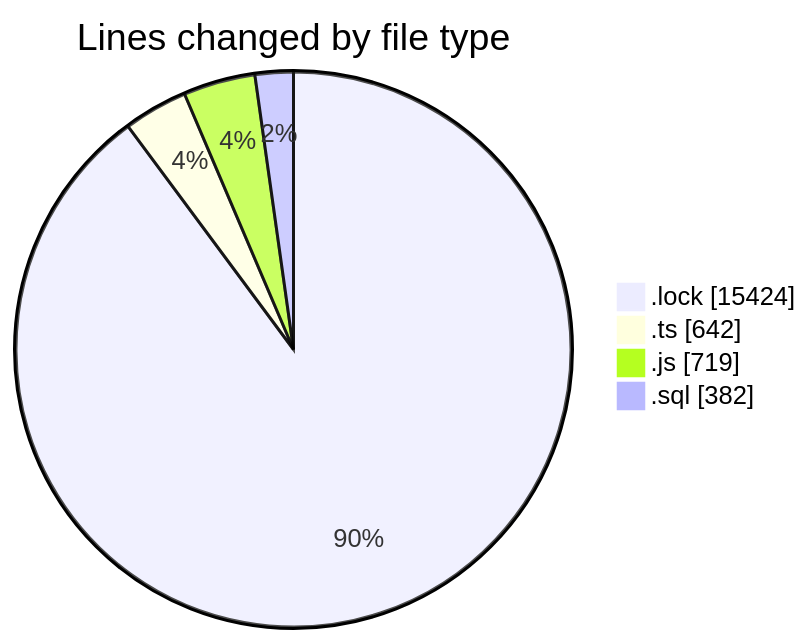
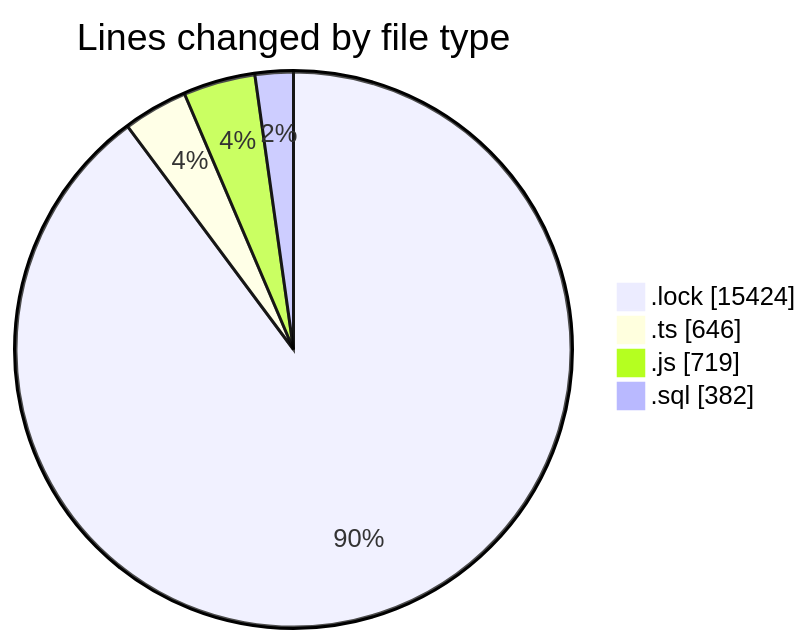
Before and after one commit to momahboobian/code-tracking: the first of 2 diagrams in 2025-05-22/cda/README.md, drawn with Mermaid. The commit also changed other lines of this file and 1 other file, not shown here.

````diff
--- a/2025-05-22/cda/README.md
+++ b/2025-05-22/cda/README.md
@@ -26,8 +26,8 @@
 ```mermaid
 pie showData
 title Lines changed by file type
 ".lock" : 15424
-".ts" : 642
+".ts" : 646
 ".js" : 719
 ".sql" : 382
 ```
````
